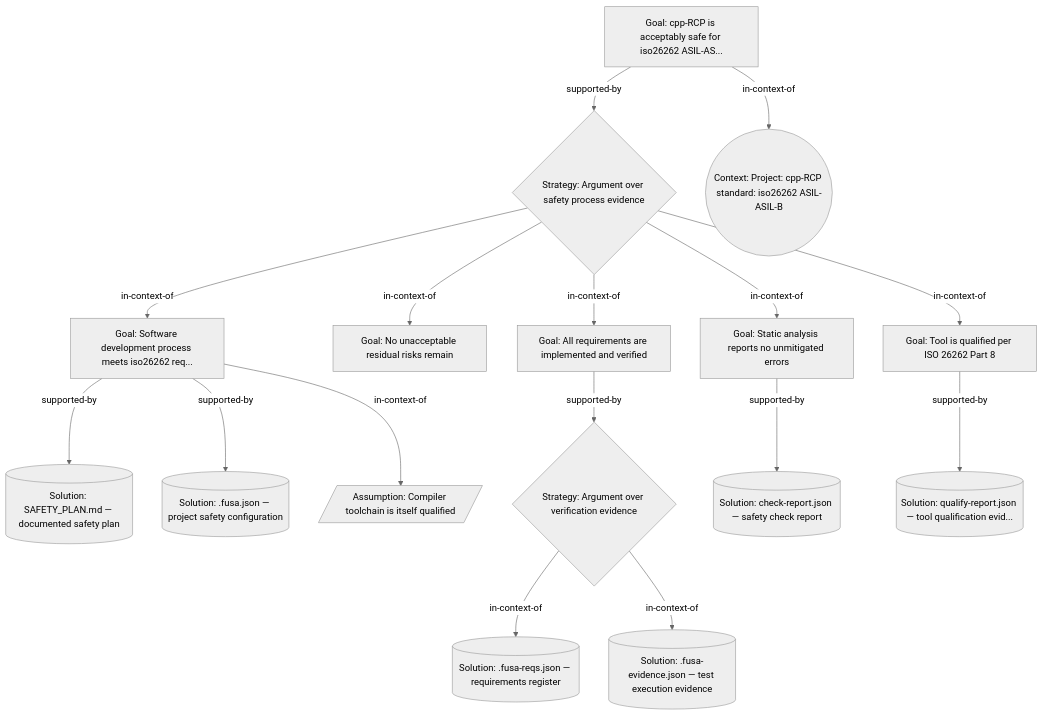
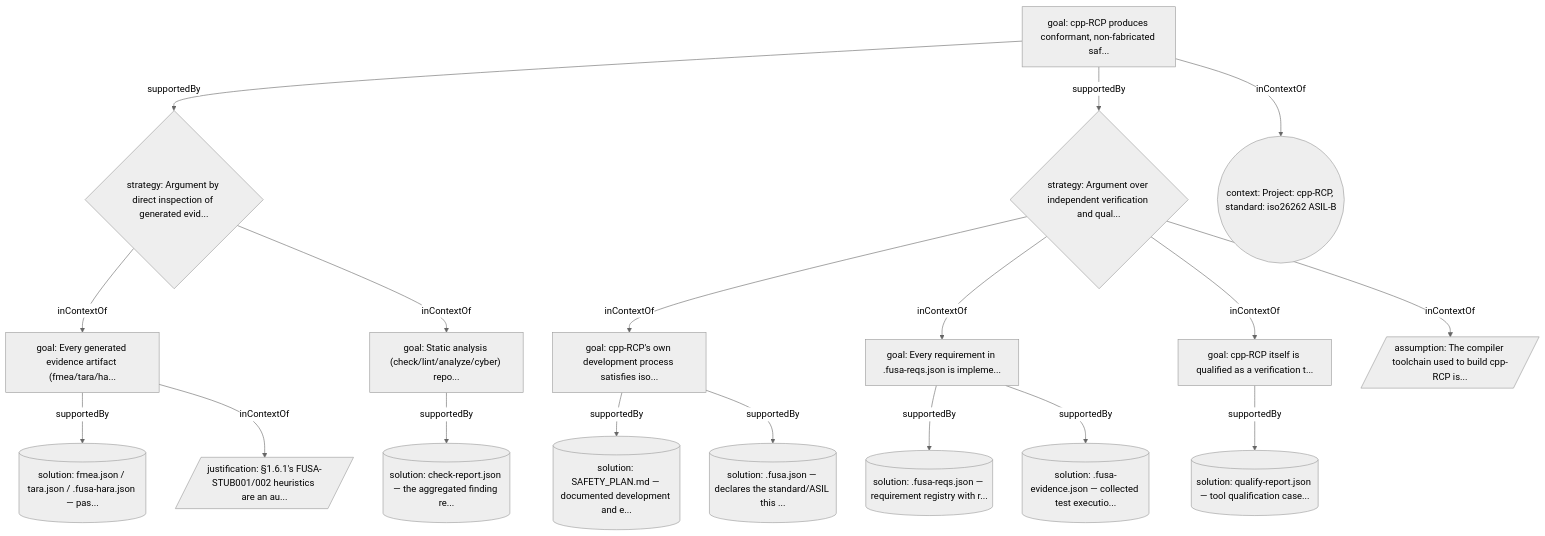
Before and after one commit to SoundMatt/cpp-RCP: the diagram in safety-case.mermaid, drawn with Mermaid (neutral theme). The commit also changed 20 other files, not shown here.

```diff
--- a/safety-case.mermaid
+++ b/safety-case.mermaid
@@ -1,33 +1,37 @@
 graph TD
 %% cpp-FuSa Safety Case GSN — cpp-RCP
-  G1["Goal: cpp-RCP is acceptably safe for iso26262 ASIL-AS..."]
-  G2["Goal: Software development process meets iso26262 req..."]
-  G3["Goal: No unacceptable residual risks remain"]
-  G4["Goal: All requirements are implemented and verified"]
-  G5["Goal: Static analysis reports no unmitigated errors"]
-  G6["Goal: Tool is qualified per ISO 26262 Part 8"]
-  S1{"Strategy: Argument over safety process evidence"}
-  S2{"Strategy: Argument over verification evidence"}
-  Sn1[("Solution: SAFETY_PLAN.md — documented safety plan")]
-  Sn2[("Solution: .fusa.json — project safety configuration")]
-  Sn3[("Solution: .fusa-reqs.json — requirements register")]
-  Sn4[("Solution: qualify-report.json — tool qualification evid...")]
-  Sn5[("Solution: .fusa-evidence.json — test execution evidence")]
-  Sn6[("Solution: check-report.json — safety check report")]
-  C1(("Context: Project: cpp-RCP standard: iso26262 ASIL-ASIL-B"))
-  A1[/"Assumption: Compiler toolchain is itself qualified"/]
-  G1 -->|"supported-by"| S1
-  S1 -->|"in-context-of"| G2
-  S1 -->|"in-context-of"| G3
-  S1 -->|"in-context-of"| G4
-  S1 -->|"in-context-of"| G5
-  S1 -->|"in-context-of"| G6
-  G2 -->|"supported-by"| Sn1
-  G2 -->|"supported-by"| Sn2
-  G4 -->|"supported-by"| S2
-  S2 -->|"in-context-of"| Sn3
-  S2 -->|"in-context-of"| Sn5
-  G5 -->|"supported-by"| Sn6
-  G6 -->|"supported-by"| Sn4
-  G1 -->|"in-context-of"| C1
-  G2 -->|"in-context-of"| A1
+  G1["goal: cpp-RCP produces conformant, non-fabricated saf..."]
+  G2["goal: cpp-RCP's own development process satisfies iso..."]
+  G3["goal: Every generated evidence artifact (fmea/tara/ha..."]
+  G4["goal: Every requirement in .fusa-reqs.json is impleme..."]
+  G5["goal: Static analysis (check/lint/analyze/cyber) repo..."]
+  G6["goal: cpp-RCP itself is qualified as a verification t..."]
+  St1{"strategy: Argument by direct inspection of generated evid..."}
+  St2{"strategy: Argument over independent verification and qual..."}
+  Sn1[("solution: SAFETY_PLAN.md — documented development and e...")]
+  Sn2[("solution: .fusa.json — declares the standard/ASIL this ...")]
+  Sn3[("solution: .fusa-reqs.json — requirement registry with r...")]
+  Sn4[("solution: qualify-report.json — tool qualification case...")]
+  Sn5[("solution: .fusa-evidence.json — collected test executio...")]
+  Sn6[("solution: check-report.json — the aggregated finding re...")]
+  Sn7[("solution: fmea.json / tara.json / .fusa-hara.json — pas...")]
+  C1(("context: Project: cpp-RCP, standard: iso26262 ASIL-B"))
+  A1[/"assumption: The compiler toolchain used to build cpp-RCP is..."/]
+  J1[/"justification: §1.6.1's FUSA-STUB001/002 heuristics are an au..."/]
+  G1 -->|"supportedBy"| St1
+  St1 -->|"inContextOf"| G3
+  St1 -->|"inContextOf"| G5
+  G1 -->|"supportedBy"| St2
+  St2 -->|"inContextOf"| G2
+  St2 -->|"inContextOf"| G4
+  St2 -->|"inContextOf"| G6
+  G2 -->|"supportedBy"| Sn1
+  G2 -->|"supportedBy"| Sn2
+  G4 -->|"supportedBy"| Sn3
+  G4 -->|"supportedBy"| Sn5
+  G5 -->|"supportedBy"| Sn6
+  G6 -->|"supportedBy"| Sn4
+  G3 -->|"supportedBy"| Sn7
+  G1 -->|"inContextOf"| C1
+  St2 -->|"inContextOf"| A1
+  G3 -->|"inContextOf"| J1
```
